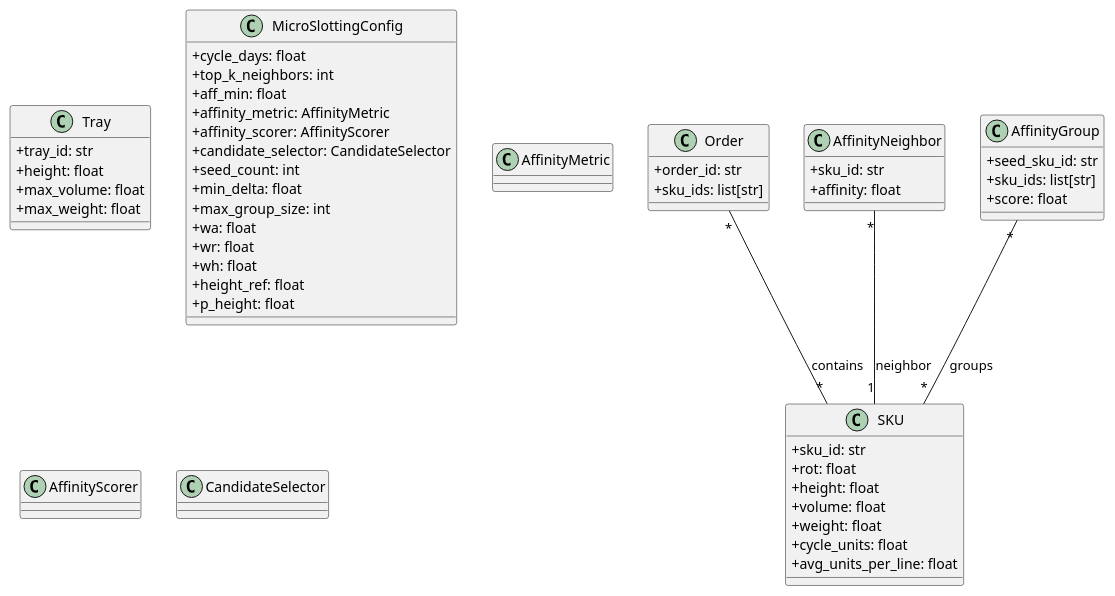
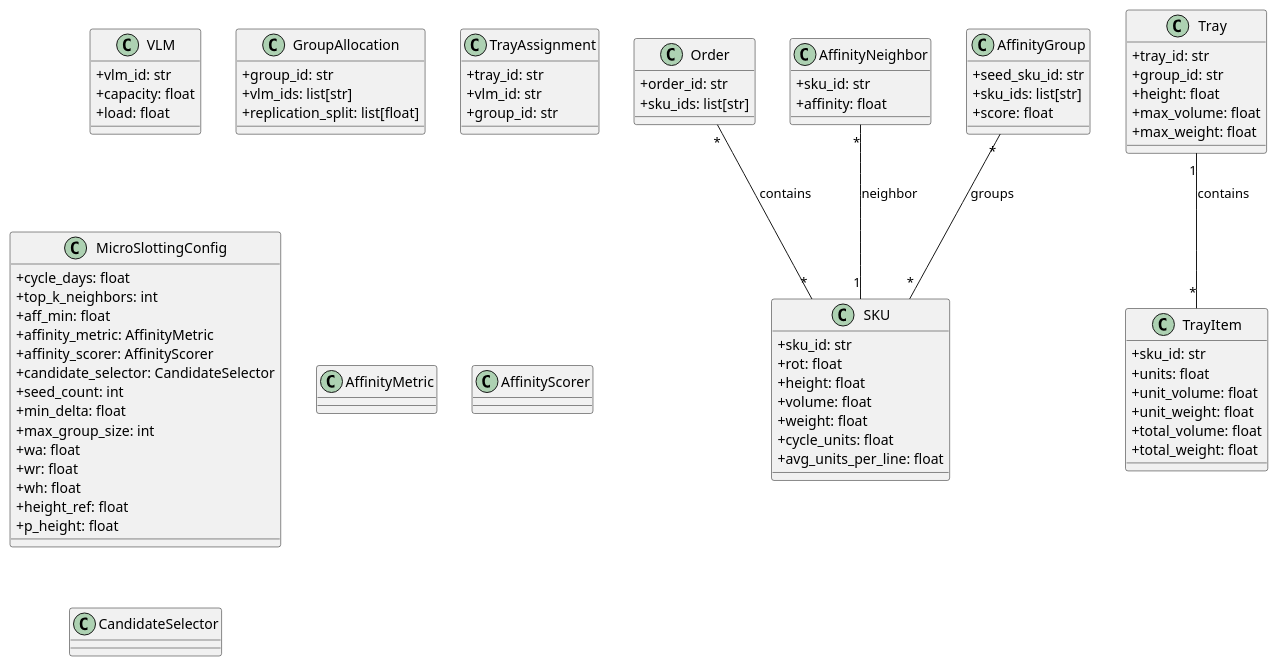
One commit to frdesimone/slotting changed the diagram in docs/uml.puml. Above: the diagram before and after it, drawn with PlantUML. The commit also changed 13 other files, not shown here.

```diff
--- a/docs/uml.puml
+++ b/docs/uml.puml
@@ -1,62 +1,91 @@
 @startuml
 skinparam classAttributeIconSize 0
 
 class SKU {
   +sku_id: str
   +rot: float
   +height: float
   +volume: float
   +weight: float
   +cycle_units: float
   +avg_units_per_line: float
 }
 
 class Order {
   +order_id: str
   +sku_ids: list[str]
 }
 
 class Tray {
   +tray_id: str
+  +group_id: str
   +height: float
   +max_volume: float
   +max_weight: float
+}
+
+class TrayItem {
+  +sku_id: str
+  +units: float
+  +unit_volume: float
+  +unit_weight: float
+  +total_volume: float
+  +total_weight: float
+}
+
+class VLM {
+  +vlm_id: str
+  +capacity: float
+  +load: float
+}
+
+class GroupAllocation {
+  +group_id: str
+  +vlm_ids: list[str]
+  +replication_split: list[float]
+}
+
+class TrayAssignment {
+  +tray_id: str
+  +vlm_id: str
+  +group_id: str
 }
 
 class MicroSlottingConfig {
   +cycle_days: float
   +top_k_neighbors: int
   +aff_min: float
   +affinity_metric: AffinityMetric
   +affinity_scorer: AffinityScorer
   +candidate_selector: CandidateSelector
   +seed_count: int
   +min_delta: float
   +max_group_size: int
   +wa: float
   +wr: float
   +wh: float
   +height_ref: float
   +p_height: float
 }
 
 class AffinityMetric
 class AffinityScorer
 class CandidateSelector
 
 class AffinityNeighbor {
   +sku_id: str
   +affinity: float
 }
 
 class AffinityGroup {
   +seed_sku_id: str
   +sku_ids: list[str]
   +score: float
 }
 
 Order "*" -- "*" SKU : contains
 AffinityGroup "*" -- "*" SKU : groups
 AffinityNeighbor "*" -- "1" SKU : neighbor
+Tray "1" -- "*" TrayItem : contains
 
 @enduml
```
